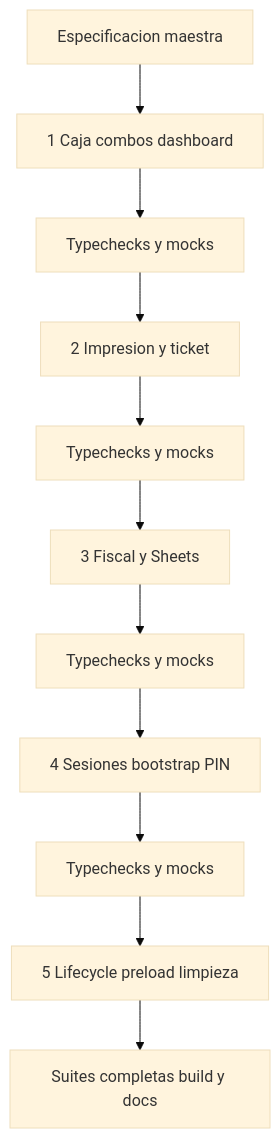
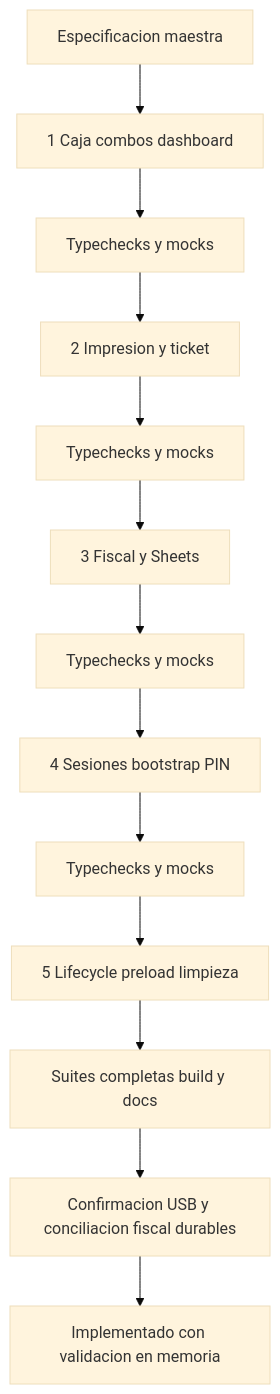
The diagram in docs/especificaciones/SDD-099-cierre-integral-arquitectura-y-modulos.md (LAngelVp/Borboto), drawn with Mermaid (base theme) before and after one commit. The commit also changed other lines of this file and 18 other files, not shown here.

Commit message:
feat(sdd-099): completar cierre integral SDD-001 a SDD-022 con 56 pruebas y contratos durables

````diff
--- a/docs/especificaciones/SDD-099-cierre-integral-arquitectura-y-modulos.md
+++ b/docs/especificaciones/SDD-099-cierre-integral-arquitectura-y-modulos.md
@@ -43,13 +51,15 @@
 ```mermaid
 flowchart TD
   S[Especificacion maestra] --> B1[1 Caja combos dashboard]
   B1 --> T1[Typechecks y mocks]
   T1 --> B2[2 Impresion y ticket]
   B2 --> T2[Typechecks y mocks]
   T2 --> B3[3 Fiscal y Sheets]
   B3 --> T3[Typechecks y mocks]
   T3 --> B4[4 Sesiones bootstrap PIN]
   B4 --> T4[Typechecks y mocks]
   T4 --> B5[5 Lifecycle preload limpieza]
   B5 --> G[Suites completas build y docs]
+  G --> D[Confirmacion USB y conciliacion fiscal durables]
+  D --> F[Implementado con validacion en memoria]
 ```
````
